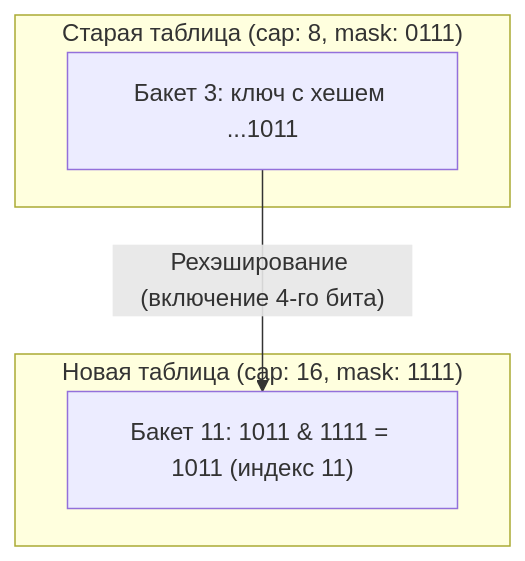
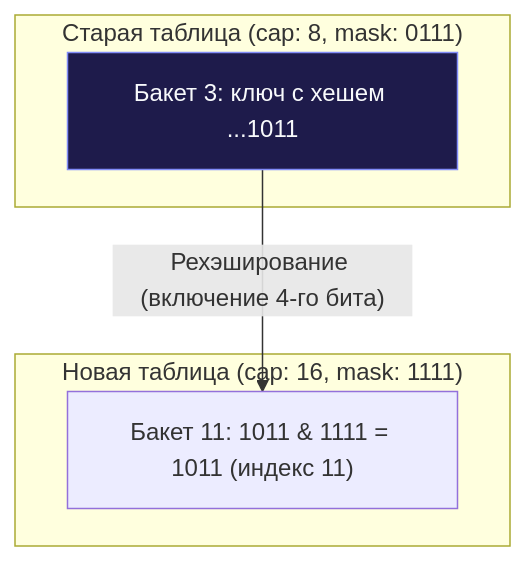
Before and after one commit to UnrealTemplier/go-textbook: the second of 2 diagrams in sources/20. Алгоритмы и структуры данных (DSA) на Go/03. Хеширование/2. Хеш таблица. Реализация.md, drawn with Mermaid. The commit also changed other lines of this file and 1666 other files, not shown here.

First line of the commit message:
feat(mermaid): add semantic color classDef to 1369 colorless flowchart/graph diagrams

````diff
--- a/sources/20. Алгоритмы и структуры данных (DSA) на Go/03. Хеширование/2. Хеш таблица. Реализация.md
+++ b/sources/20. Алгоритмы и структуры данных (DSA) на Go/03. Хеширование/2. Хеш таблица. Реализация.md
@@ -165,12 +175,22 @@
 ```mermaid
 flowchart TD
+    classDef process  fill:#1e293b,stroke:#38bdf8,stroke-width:1px,color:#f8fafc
+    classDef success  fill:#064e3b,stroke:#34d399,stroke-width:1px,color:#f8fafc
+    classDef error    fill:#7f1d1d,stroke:#f87171,stroke-width:1px,color:#f8fafc
+    classDef warning  fill:#78350f,stroke:#fbbf24,stroke-width:1px,color:#f8fafc
+    classDef entry    fill:#1e3a5f,stroke:#38bdf8,stroke-width:2px,color:#f8fafc
+    classDef aux      fill:#334155,stroke:#64748b,stroke-width:1px,color:#f8fafc
+    classDef system   fill:#312e81,stroke:#a78bfa,stroke-width:1px,color:#f8fafc
+    classDef data     fill:#132d29,stroke:#2dd4bf,stroke-width:1px,color:#f8fafc
+    classDef network  fill:#881337,stroke:#fb7185,stroke-width:1px,color:#f8fafc
+    classDef accent   fill:#1e1b4b,stroke:#818cf8,stroke-width:1px,color:#f8fafc
     subgraph OldTable["Старая таблица (cap: 8, mask: 0111)"]
-        b3["Бакет 3: ключ с хешем ...1011"]
+        b3["Бакет 3: ключ с хешем ...1011"]:::accent
     end
 
     subgraph NewTable["Новая таблица (cap: 16, mask: 1111)"]
         b11["Бакет 11: 1011 & 1111 = 1011 (индекс 11)"]
     end
 
     b3 -->|"Рехэширование (включение 4-го бита)"| b11
 ```
````
